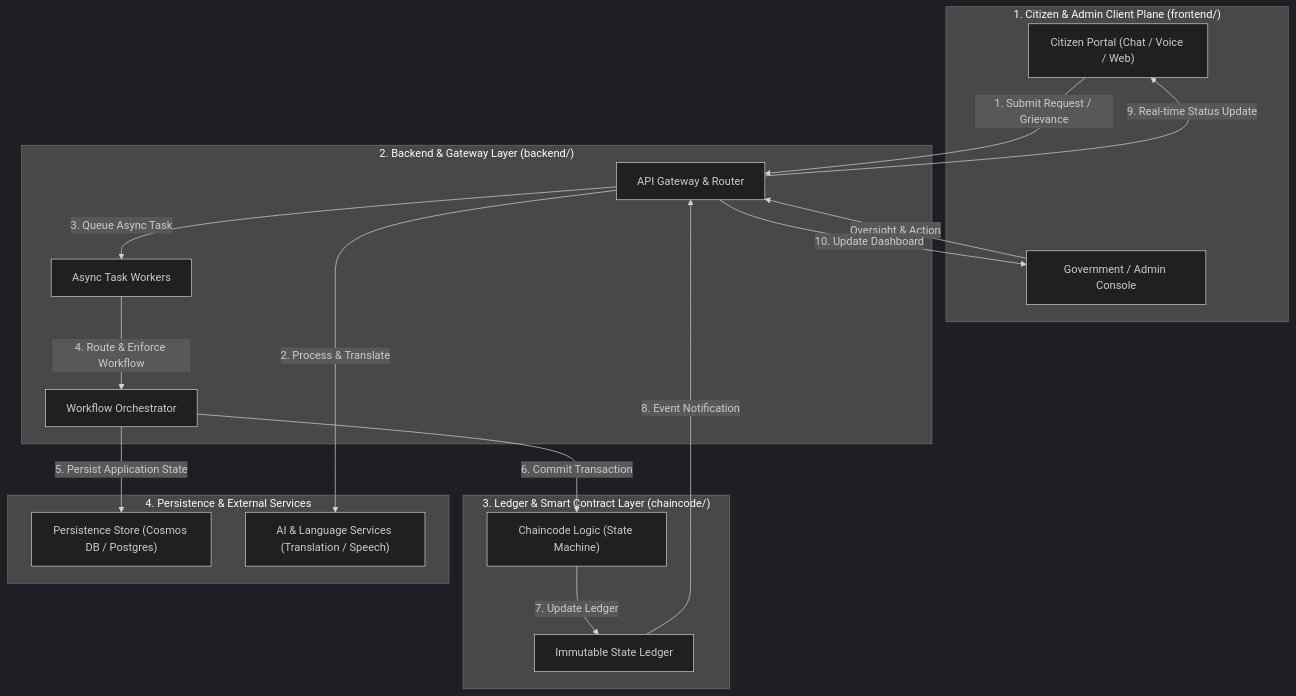
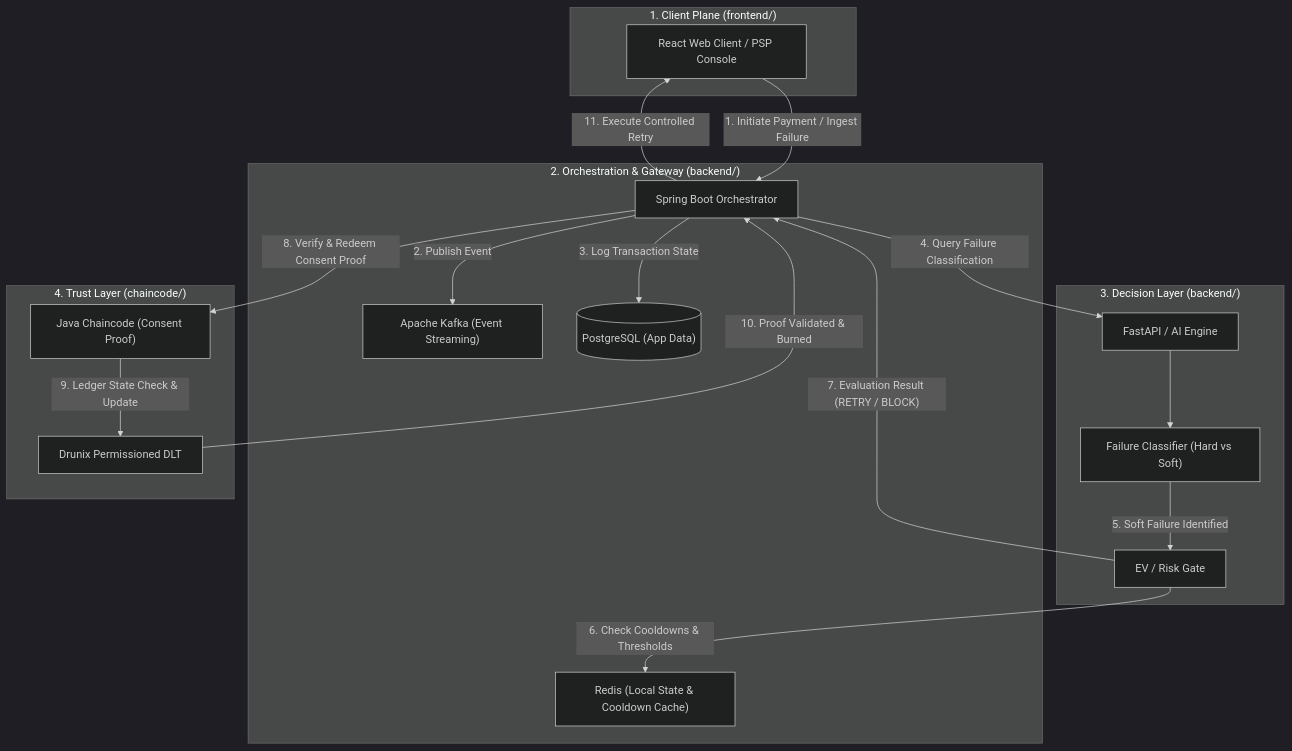
One commit to Harsh9945/BharatSetu changed the diagram in docs/architecture.md. Above: the diagram before and after it, drawn with Mermaid (dark theme). The commit also changed other lines of this file and 1 other file, not shown here.

Commit message:
docs: update proposal and architecture for Drunix Hackathon Citi Real-Time Payments

````diff
--- a/docs/architecture.md
+++ b/docs/architecture.md
@@ -16,39 +23,41 @@
 ```mermaid
 flowchart TD
-    subgraph ClientLayer["1. Citizen & Admin Client Plane (frontend/)"]
-        CitizenUI["Citizen Portal (Chat / Voice / Web)"]
-        GovUI["Government / Admin Console"]
+    subgraph ClientPlane["1. Client Plane (frontend/)"]
+        ReactUI["React Web Client / PSP Console"]
     end
 
-    subgraph ServiceLayer["2. Backend & Gateway Layer (backend/)"]
-        APIGateway["API Gateway & Router"]
-        Orchestrator["Workflow Orchestrator"]
-        WorkerQueue["Async Task Workers"]
+    subgraph OrchestrationLayer["2. Orchestration & Gateway (backend/)"]
+        SpringBoot["Spring Boot Orchestrator"]
+        Kafka["Apache Kafka (Event Streaming)"]
+        Redis["Redis (Local State & Cooldown Cache)"]
+        Postgres[("PostgreSQL (App Data)")]
     end
 
-    subgraph LedgerLayer["3. Ledger & Smart Contract Layer (chaincode/)"]
-        SmartContract["Chaincode Logic (State Machine)"]
-        LedgerState["Immutable State Ledger"]
+    subgraph DecisionLayer["3. Decision Layer (backend/)"]
+        FastAPI["FastAPI / AI Engine"]
+        Classifier["Failure Classifier (Hard vs Soft)"]
+        RiskGate["EV / Risk Gate"]
     end
 
-    subgraph StorageLayer["4. Persistence & External Services"]
-        Database["Persistence Store (Cosmos DB / Postgres)"]
-        AIServices["AI & Language Services (Translation / Speech)"]
+    subgraph TrustLayer["4. Trust Layer (chaincode/)"]
+        DrunixLedger["Drunix Permissioned DLT"]
+        JavaChaincode["Java Chaincode (Consent Proof)"]
     end
 
-    %% Interaction Flow
-    CitizenUI -->|"1. Submit Request / Grievance"| APIGateway
-    GovUI -->|"Oversight & Action"| APIGateway
+    %% Flow Connections
+    ReactUI -->|"1. Initiate Payment / Ingest Failure"| SpringBoot
+    SpringBoot -->|"2. Publish Event"| Kafka
+    SpringBoot -->|"3. Log Transaction State"| Postgres
 
-    APIGateway -->|"2. Process & Translate"| AIServices
-    APIGateway -->|"3. Queue Async Task"| WorkerQueue
-    WorkerQueue -->|"4. Route & Enforce Workflow"| Orchestrator
+    SpringBoot -->|"4. Query Failure Classification"| FastAPI
+    FastAPI --> Classifier
+    Classifier -->|"5. Soft Failure Identified"| RiskGate
+    RiskGate -->|"6. Check Cooldowns & Thresholds"| Redis
+    RiskGate -->|"7. Evaluation Result (RETRY / BLOCK)"| SpringBoot
 
-    Orchestrator -->|"5. Persist Application State"| Database
-    Orchestrator -->|"6. Commit Transaction"| SmartContract
+    SpringBoot -->|"8. Verify & Redeem Consent Proof"| JavaChaincode
+    JavaChaincode -->|"9. Ledger State Check & Update"| DrunixLedger
+    DrunixLedger -->|"10. Proof Validated & Burned"| SpringBoot
 
-    SmartContract -->|"7. Update Ledger"| LedgerState
-    LedgerState -->|"8. Event Notification"| APIGateway
-    APIGateway -->|"9. Real-time Status Update"| CitizenUI
-    APIGateway -->|"10. Update Dashboard"| GovUI
+    SpringBoot -->|"11. Execute Controlled Retry"| ReactUI
 ```
````
